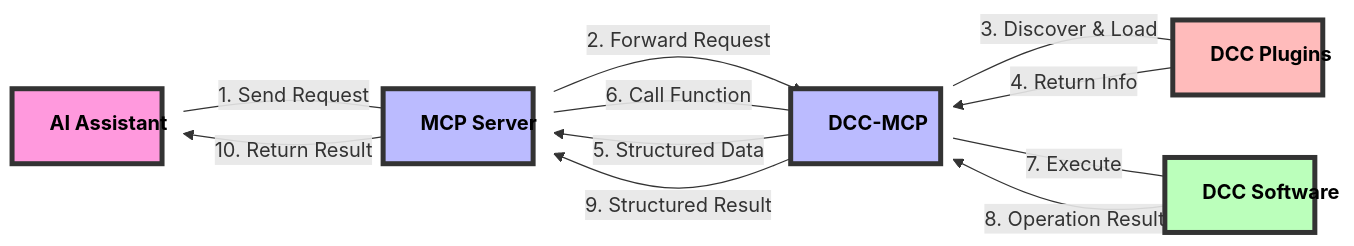
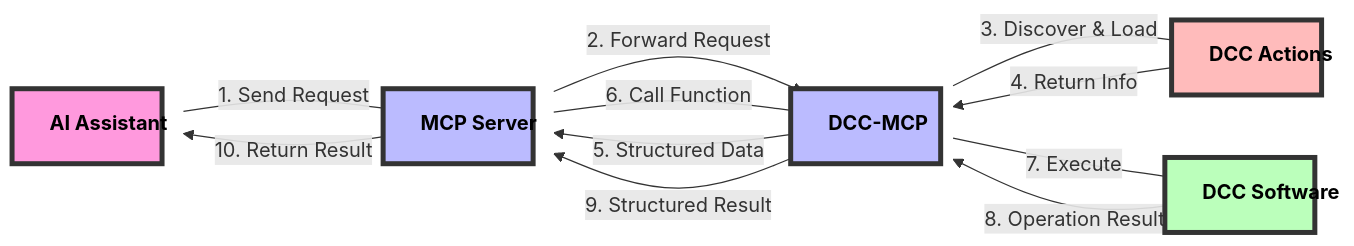
One commit to loonghao/dcc-mcp-core changed the diagram in README.md. Above: the diagram before and after it, drawn with Mermaid. The commit also changed other lines of this file and 38 other files, not shown here.

````diff
--- a/README.md
+++ b/README.md
@@ -17,27 +26,27 @@
 ```mermaid
 graph LR
-    %% 增加图表宽度
+    %% Increase chart width
     classDef default width:120px,height:60px
 
     AI[AI Assistant] -->|"1. Send Request"| MCP[MCP Server]
     MCP -->|"2. Forward Request"| DCCMCP[DCC-MCP]
-    DCCMCP -->|"3. Discover & Load"| Plugins[DCC Plugins]
-    Plugins -->|"4. Return Info"| DCCMCP
+    DCCMCP -->|"3. Discover & Load"| Actions[DCC Actions]
+    Actions -->|"4. Return Info"| DCCMCP
     DCCMCP -->|"5. Structured Data"| MCP
     MCP -->|"6. Call Function"| DCCMCP
     DCCMCP -->|"7. Execute"| DCC[DCC Software]
     DCC -->|"8. Operation Result"| DCCMCP
     DCCMCP -->|"9. Structured Result"| MCP
     MCP -->|"10. Return Result"| AI
 
-    %% 使用更鲜明的颜色和更大的节点
+    %% Use more vibrant colors and larger nodes
     classDef ai fill:#f9d,stroke:#333,stroke-width:4px,color:#000,font-weight:bold
     classDef mcp fill:#bbf,stroke:#333,stroke-width:4px,color:#000,font-weight:bold
     classDef dcc fill:#bfb,stroke:#333,stroke-width:4px,color:#000,font-weight:bold
-    classDef plugin fill:#fbb,stroke:#333,stroke-width:4px,color:#000,font-weight:bold
+    classDef action fill:#fbb,stroke:#333,stroke-width:4px,color:#000,font-weight:bold
 
     class AI ai
     class MCP,DCCMCP mcp
     class DCC dcc
-    class Plugins plugin
+    class Actions action
 ```
````
